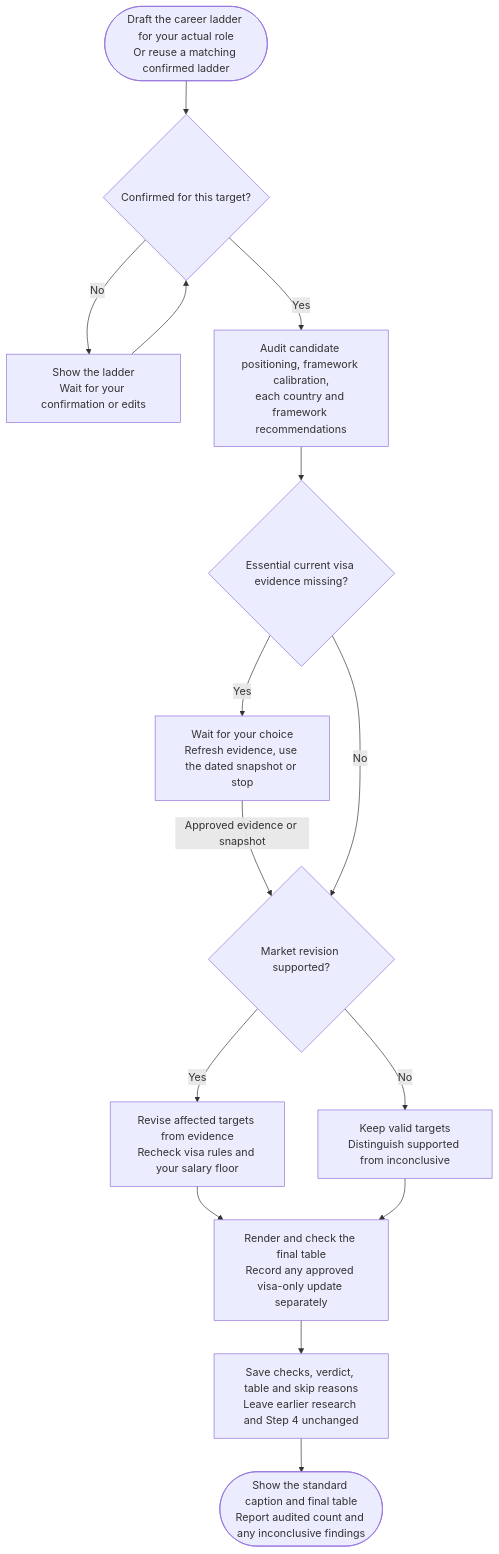
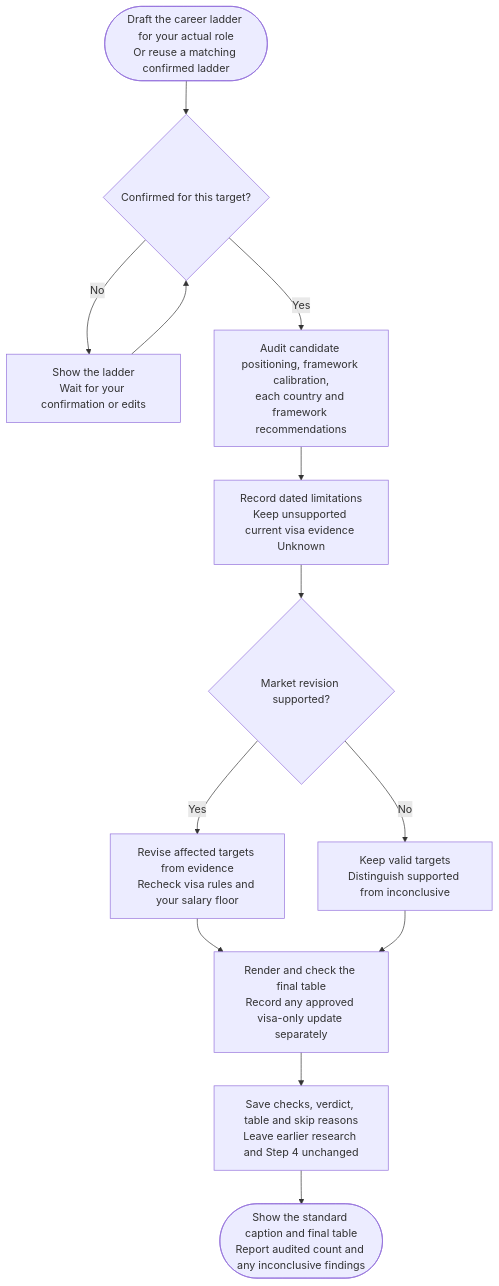
The diagram in docs/commands/salary-calculator/step5b-final-verification/detailed.md (myowinthein/agent-compass), drawn with Mermaid before and after one commit. The commit also changed other lines of this file and 25 other files, not shown here.

First line of the commit message:
fix(salary-calculator): continue with supported benchmark evidence

````diff
--- a/docs/commands/salary-calculator/step5b-final-verification/detailed.md
+++ b/docs/commands/salary-calculator/step5b-final-verification/detailed.md
@@ -24,17 +24,15 @@
 ```mermaid
 flowchart TD
   Start(["Draft the career ladder for your actual role<br/>Or reuse a matching confirmed ladder"]) --> Confirm{"Confirmed for this target?"}
   Confirm -->|No| Edit["Show the ladder<br/>Wait for your confirmation or edits"]
   Edit --> Confirm
   Confirm -->|Yes| Audit["Audit candidate positioning, framework calibration,<br/>each country and framework recommendations"]
-  Audit --> Current{"Essential current visa evidence missing?"}
-  Current -->|Yes| Choice["Wait for your choice<br/>Refresh evidence, use the dated snapshot or stop"]
-  Choice -->|Approved evidence or snapshot| Verdict
-  Current -->|No| Verdict{"Market revision supported?"}
+  Audit --> Limits["Record dated limitations<br/>Keep unsupported current visa evidence Unknown"]
+  Limits --> Verdict{"Market revision supported?"}
   Verdict -->|Yes| Recal["Revise affected targets from evidence<br/>Recheck visa rules and your salary floor"]
   Verdict -->|No| Keep["Keep valid targets<br/>Distinguish supported from inconclusive"]
   Recal --> Final["Render and check the final table<br/>Record any approved visa-only update separately"]
   Keep --> Final
   Final --> Save["Save checks, verdict, table and skip reasons<br/>Leave earlier research and Step 4 unchanged"]
   Save --> End(["Show the standard caption and final table<br/>Report audited count and any inconclusive findings"])
 ```
````
